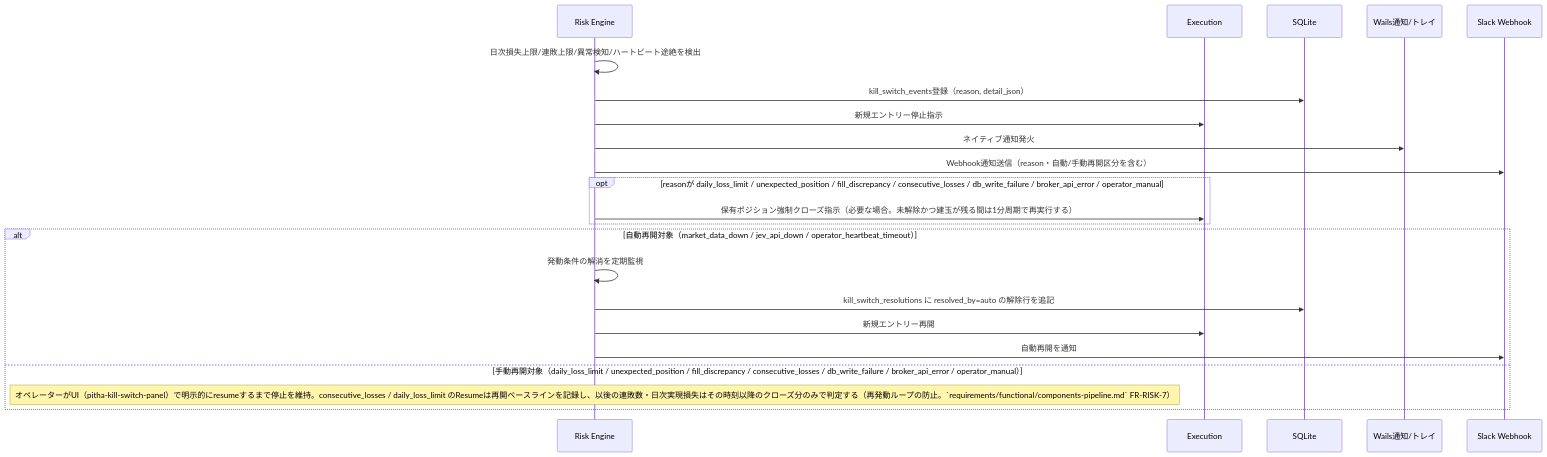
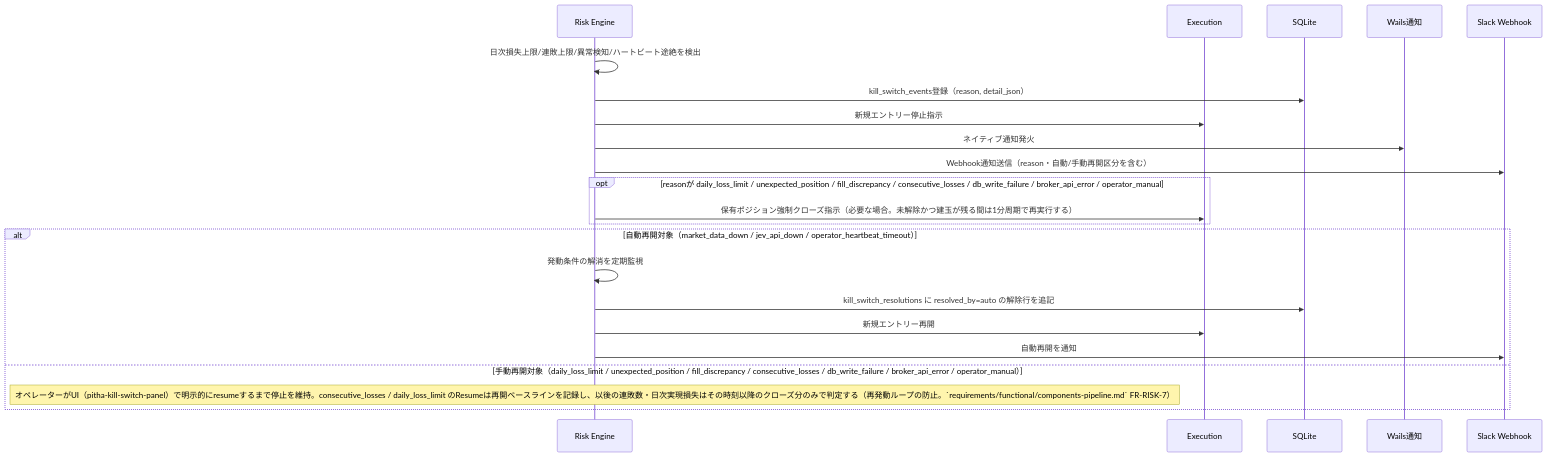
One commit to ousiassllc/pitha-trador changed the second of 4 diagrams in docs/architecture/overview/flows.md. Above: the diagram before and after it, drawn with Mermaid. The commit also changed 9 other files, not shown here.

````diff
--- a/docs/architecture/overview/flows.md
+++ b/docs/architecture/overview/flows.md
@@ -35,25 +35,25 @@
 ```mermaid
 sequenceDiagram
     participant RE as Risk Engine
     participant EX as Execution
     participant DB as SQLite
-    participant TRAY as Wails通知/トレイ
+    participant TRAY as Wails通知
     participant SLACK as Slack Webhook
 
     RE->>RE: 日次損失上限/連敗上限/異常検知/ハートビート途絶を検出
     RE->>DB: kill_switch_events登録（reason, detail_json）
     RE->>EX: 新規エントリー停止指示
     RE->>TRAY: ネイティブ通知発火
     RE->>SLACK: Webhook通知送信（reason・自動/手動再開区分を含む）
     opt reasonが daily_loss_limit / unexpected_position / fill_discrepancy / consecutive_losses / db_write_failure / broker_api_error / operator_manual
         RE->>EX: 保有ポジション強制クローズ指示（必要な場合。未解除かつ建玉が残る間は1分周期で再実行する）
     end
     alt 自動再開対象（market_data_down / jev_api_down / operator_heartbeat_timeout）
         RE->>RE: 発動条件の解消を定期監視
         RE->>DB: kill_switch_resolutions に resolved_by=auto の解除行を追記
         RE->>EX: 新規エントリー再開
         RE->>SLACK: 自動再開を通知
     else 手動再開対象（daily_loss_limit / unexpected_position / fill_discrepancy / consecutive_losses / db_write_failure / broker_api_error / operator_manual）
         Note over RE: オペレーターがUI（pitha-kill-switch-panel）で明示的にresumeするまで停止を維持。consecutive_losses / daily_loss_limit のResumeは再開ベースラインを記録し、以後の連敗数・日次実現損失はその時刻以降のクローズ分のみで判定する（再発動ループの防止。`requirements/functional/components-pipeline.md` FR-RISK-7）
     end
 ```
````
